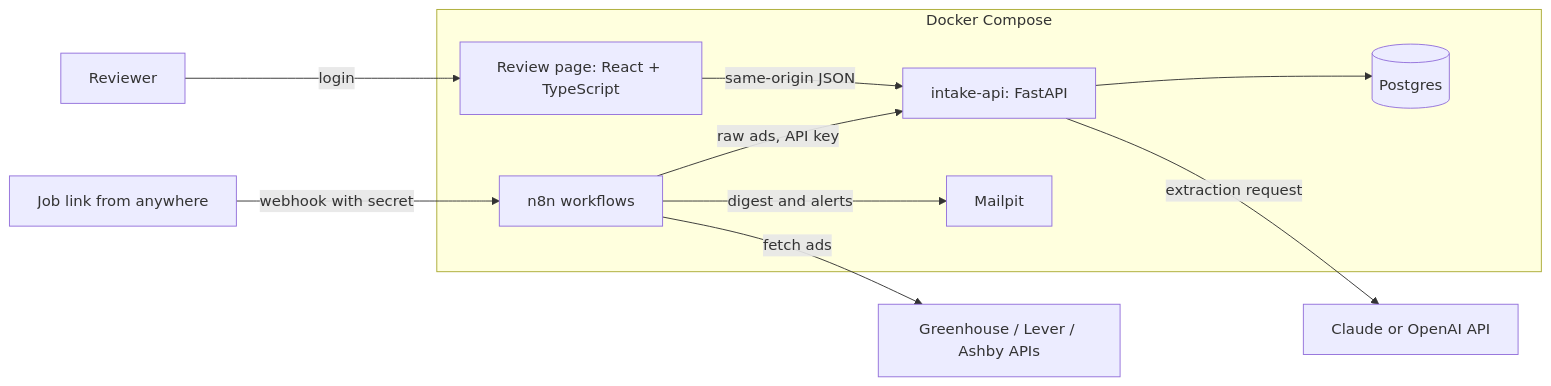
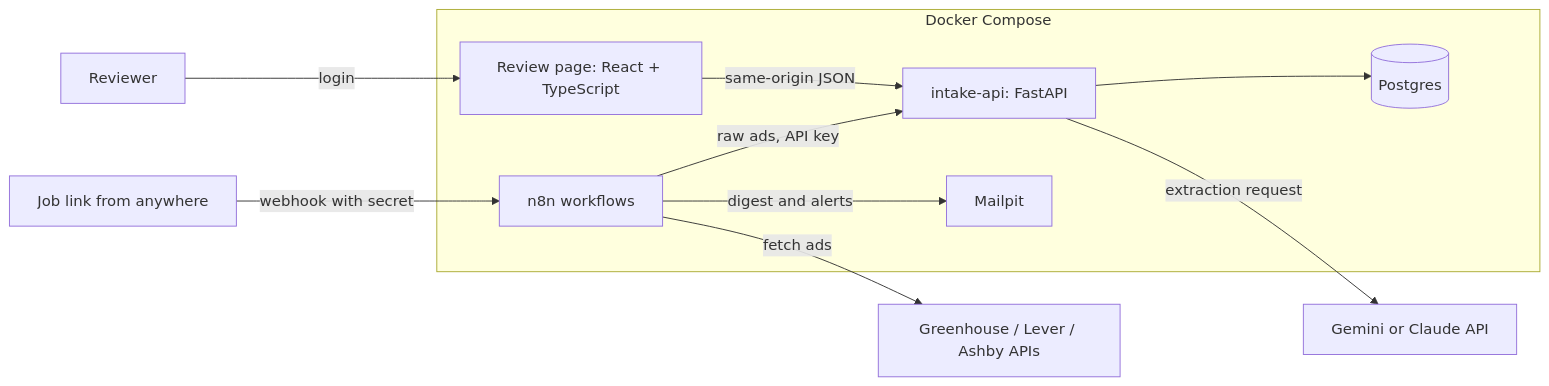
One commit to Jie1466803079/job-ad-pipeline changed the diagram in docs/design.md. Above: the diagram before and after it, drawn with Mermaid. The commit also changed other lines of this file, not shown here.

Commit message:
Use Gemini for daily extraction and keep Claude as the comparison

````diff
--- a/docs/design.md
+++ b/docs/design.md
@@ -62,23 +62,23 @@
 ```mermaid
 flowchart LR
     boards[Greenhouse / Lever / Ashby APIs]
     link[Job link from anywhere]
     subgraph compose[Docker Compose]
         n8n[n8n workflows]
         api[intake-api: FastAPI]
         web[Review page: React + TypeScript]
         db[(Postgres)]
         mail[Mailpit]
     end
-    llm[Claude or OpenAI API]
+    llm[Gemini or Claude API]
     reviewer[Reviewer]
 
     n8n -- fetch ads --> boards
     link -- webhook with secret --> n8n
     n8n -- raw ads, API key --> api
     api -- extraction request --> llm
     api --> db
     n8n -- digest and alerts --> mail
     reviewer -- login --> web
     web -- same-origin JSON --> api
 ```
````
